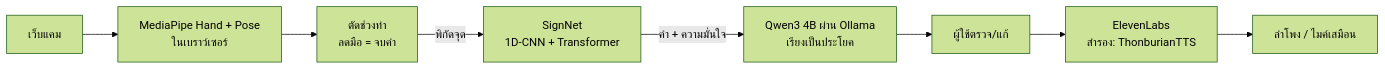
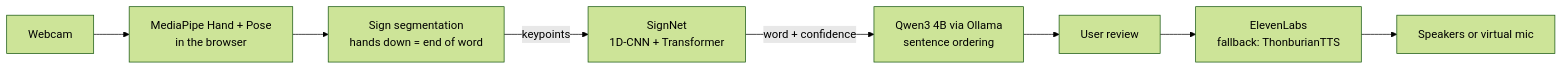
Before and after one commit to Patcharanat23/SignVoice: the diagram in README.md, drawn with Mermaid (forest theme). The commit also changed other lines of this file and 23 other files, not shown here.

````diff
--- a/README.md
+++ b/README.md
@@ -30,10 +32,10 @@
 ```mermaid
 flowchart LR
-  A[เว็บแคม] --> B[MediaPipe Hand + Pose<br/>ในเบราว์เซอร์]
-  B --> C[ตัดช่วงท่า<br/>ลดมือ = จบคำ]
-  C -->|พิกัดจุด| D[SignNet<br/>1D-CNN + Transformer]
-  D -->|คำ + ความมั่นใจ| E[Qwen3 4B ผ่าน Ollama<br/>เรียงเป็นประโยค]
-  E --> F[ผู้ใช้ตรวจ/แก้]
-  F --> G[ElevenLabs<br/>สำรอง: ThonburianTTS]
-  G --> H[ลำโพง / ไมค์เสมือน]
+  A[Webcam] --> B[MediaPipe Hand + Pose<br/>in the browser]
+  B --> C[Sign segmentation<br/>hands down = end of word]
+  C -->|keypoints| D[SignNet<br/>1D-CNN + Transformer]
+  D -->|word + confidence| E[Qwen3 4B via Ollama<br/>sentence ordering]
+  E --> F[User review]
+  F --> G[ElevenLabs<br/>fallback: ThonburianTTS]
+  G --> H[Speakers or virtual mic]
 ```
````
